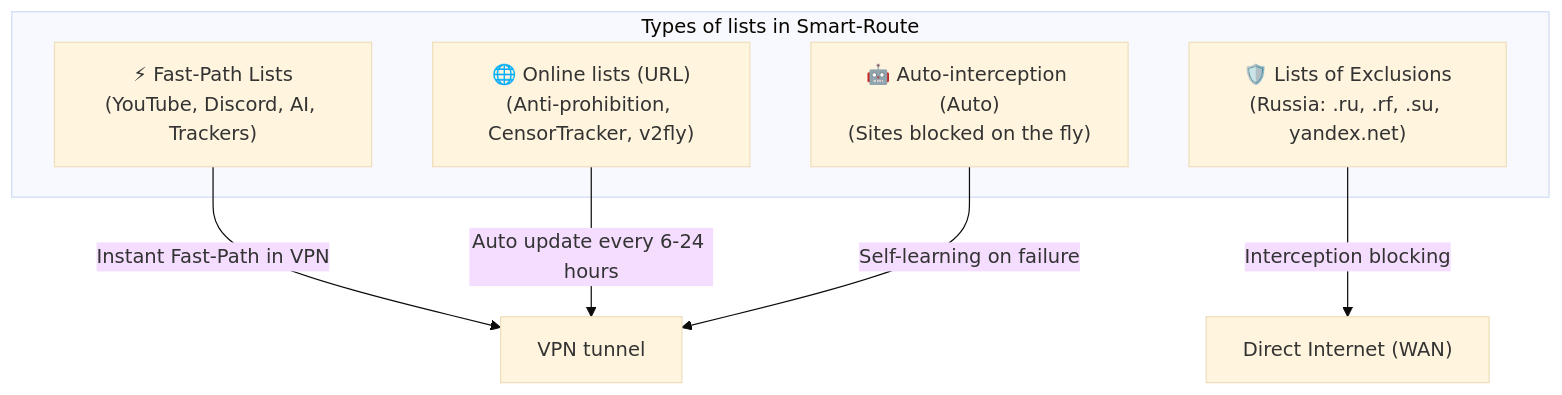
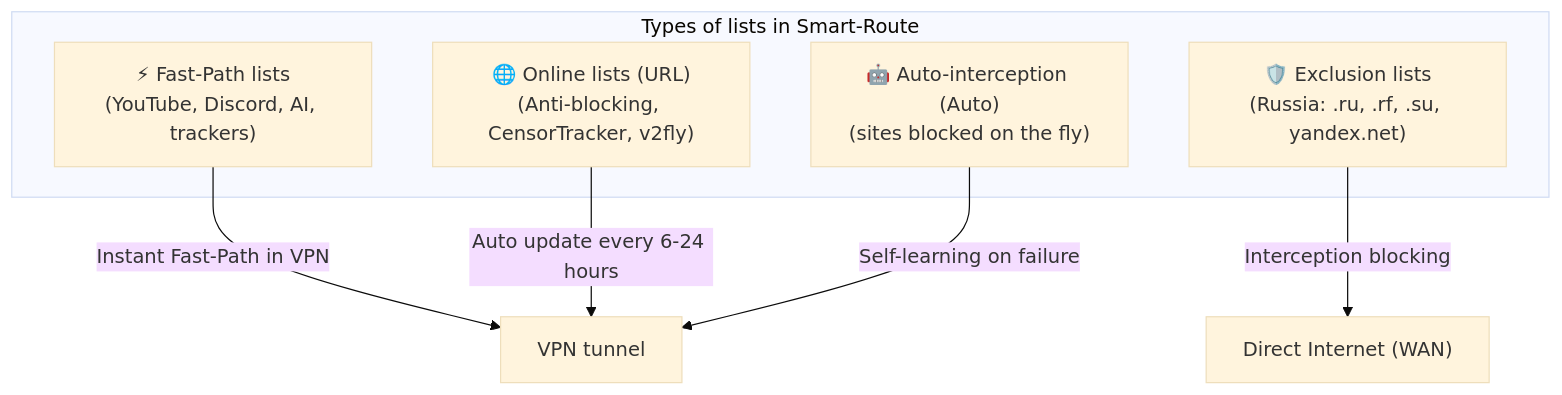
Before and after one commit to DFR11/Snakelair-Keenetic-Entware-OPKG-Repository: the third of 3 diagrams in USER_GUIDE.md, drawn with Mermaid (base theme). The commit also changed other lines of this file and 1 other file, not shown here.

````diff
--- a/USER_GUIDE.md
+++ b/USER_GUIDE.md
@@ -92,14 +92,14 @@
 ```mermaid
 flowchart TD
     subgraph Lists ["Types of lists in Smart-Route"]
-        L1["⚡ Fast-Path Lists<br/>(YouTube, Discord, AI, Trackers)"]
-        L2["🛡️ Lists of Exclusions<br/>(Russia: .ru, .rf, .su, yandex.net)"]
-        L3["🌐 Online lists (URL)<br/>(Anti-prohibition, CensorTracker, v2fly)"]
-        L4["🤖 Auto-interception (Auto)<br/>(Sites blocked on the fly)"]
+        L1["⚡ Fast-Path lists<br/>(YouTube, Discord, AI, trackers)"]
+        L2["🛡️ Exclusion lists<br/>(Russia: .ru, .rf, .su, yandex.net)"]
+        L3["🌐 Online lists (URL)<br/>(Anti-blocking, CensorTracker, v2fly)"]
+        L4["🤖 Auto-interception (Auto)<br/>(sites blocked on the fly)"]
     end
-    
+
     L1 --> |"Instant Fast-Path in VPN"| RouterAction1["VPN tunnel"]
     L2 --> |"Interception blocking"| RouterAction2["Direct Internet (WAN)"]
     L3 --> |"Auto update every 6-24 hours"| RouterAction1
     L4 --> |"Self-learning on failure"| RouterAction1
 ```
````
